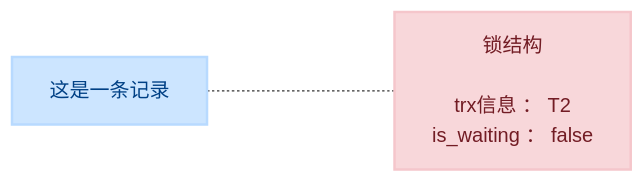
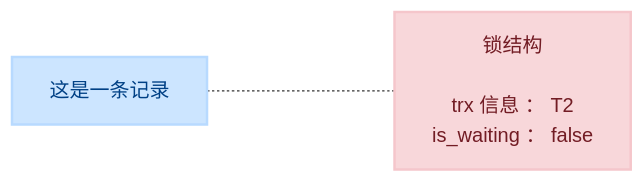
The fourth of 11 diagrams in MySql/27.锁.md (hhuabin/note), drawn with Mermaid before and after one commit. The commit also changed other lines of this file and 8 other files, not shown here.

````diff
--- a/MySql/27.锁.md
+++ b/MySql/27.锁.md
@@ -77,11 +77,11 @@
 ```mermaid
 flowchart LR
     Record["这是一条记录"]
 
-    LockStruct2["锁结构<br/><br/>trx信息 ： T2<br/>is_waiting ： false"]
+    LockStruct2["锁结构<br/><br/>trx 信息 ： T2<br/>is_waiting ： false"]
 
     Record -...- LockStruct2
 
     style Record fill:#cce5ff,stroke:#b8daff,stroke-width:2px,color:#004085
     style LockStruct2 fill:#f8d7da,stroke:#f5c6cb,stroke-width:2px,color:#721c24
 ```
````
